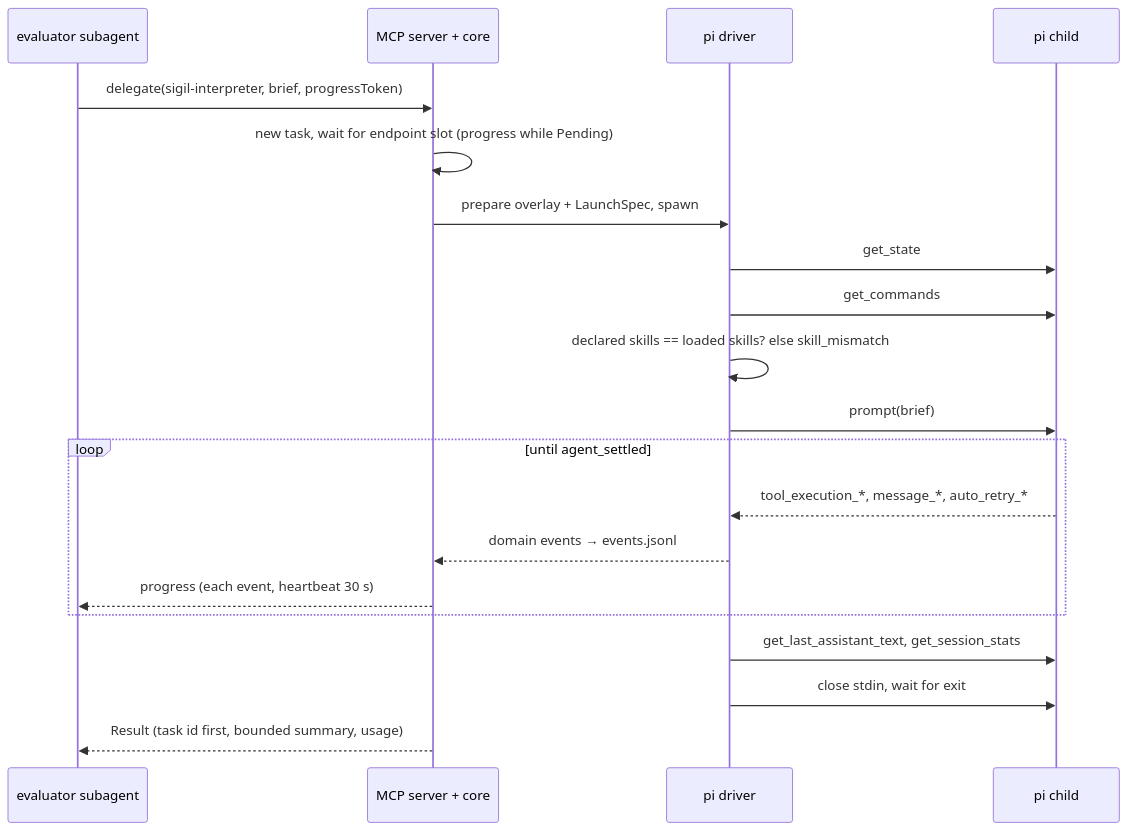
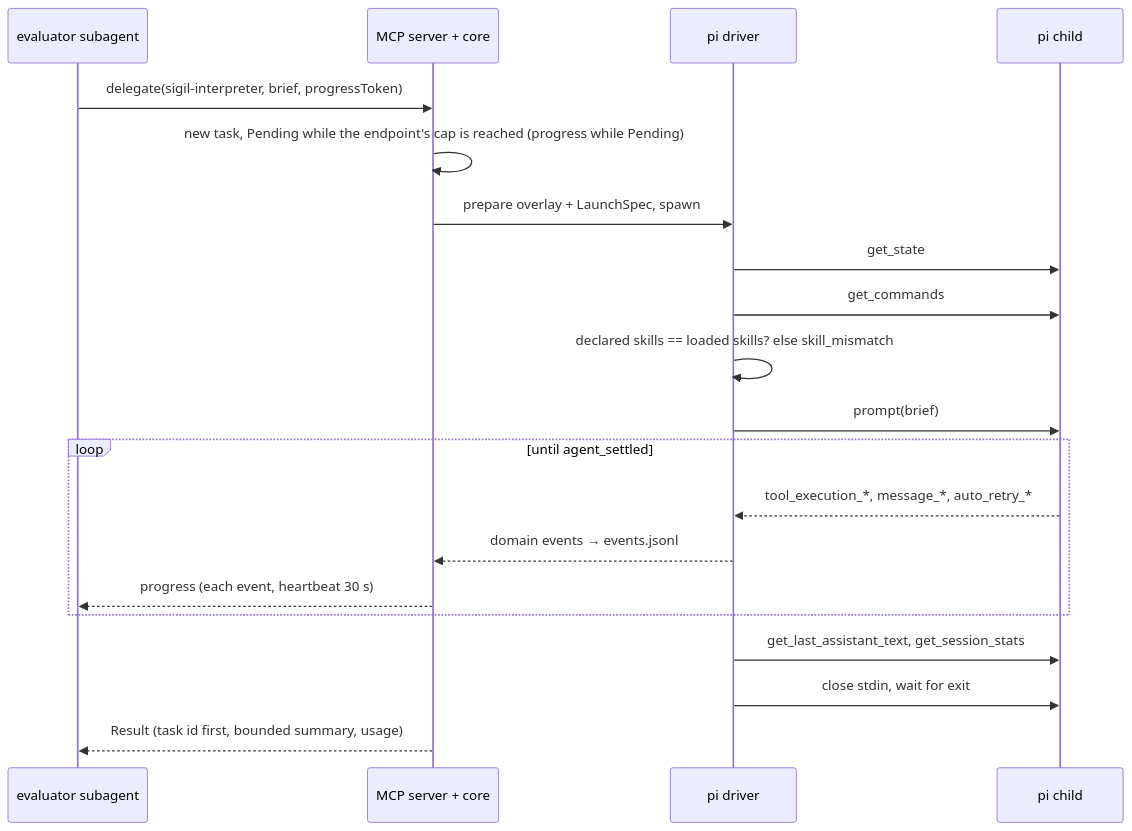
The second of 4 diagrams in docs/plans/2026-11-02-1109-feat-subzero-spike-plan.md (farhoud/sub0), drawn with Mermaid before and after one commit. The commit also changed other lines of this file and 94 other files, not shown here.

````diff
--- a/docs/plans/2026-11-02-1109-feat-subzero-spike-plan.md
+++ b/docs/plans/2026-11-02-1109-feat-subzero-spike-plan.md
@@ -130,22 +130,22 @@
 ```mermaid
 sequenceDiagram
   participant E as evaluator subagent
   participant P as MCP server + core
   participant D as pi driver
   participant Q as pi child
   E->>P: delegate(sigil-interpreter, brief, progressToken)
-  P->>P: new task, wait for endpoint slot (progress while Pending)
+  P->>P: new task, Pending while the endpoint's cap is reached (progress while Pending)
   P->>D: prepare overlay + LaunchSpec, spawn
   D->>Q: get_state
   D->>Q: get_commands
   D->>D: declared skills == loaded skills? else skill_mismatch
   D->>Q: prompt(brief)
   loop until agent_settled
     Q-->>D: tool_execution_*, message_*, auto_retry_*
     D-->>P: domain events → events.jsonl
     P-->>E: progress (each event, heartbeat 30 s)
   end
   D->>Q: get_last_assistant_text, get_session_stats
   D->>Q: close stdin, wait for exit
   P-->>E: Result (task id first, bounded summary, usage)
 ```
````
